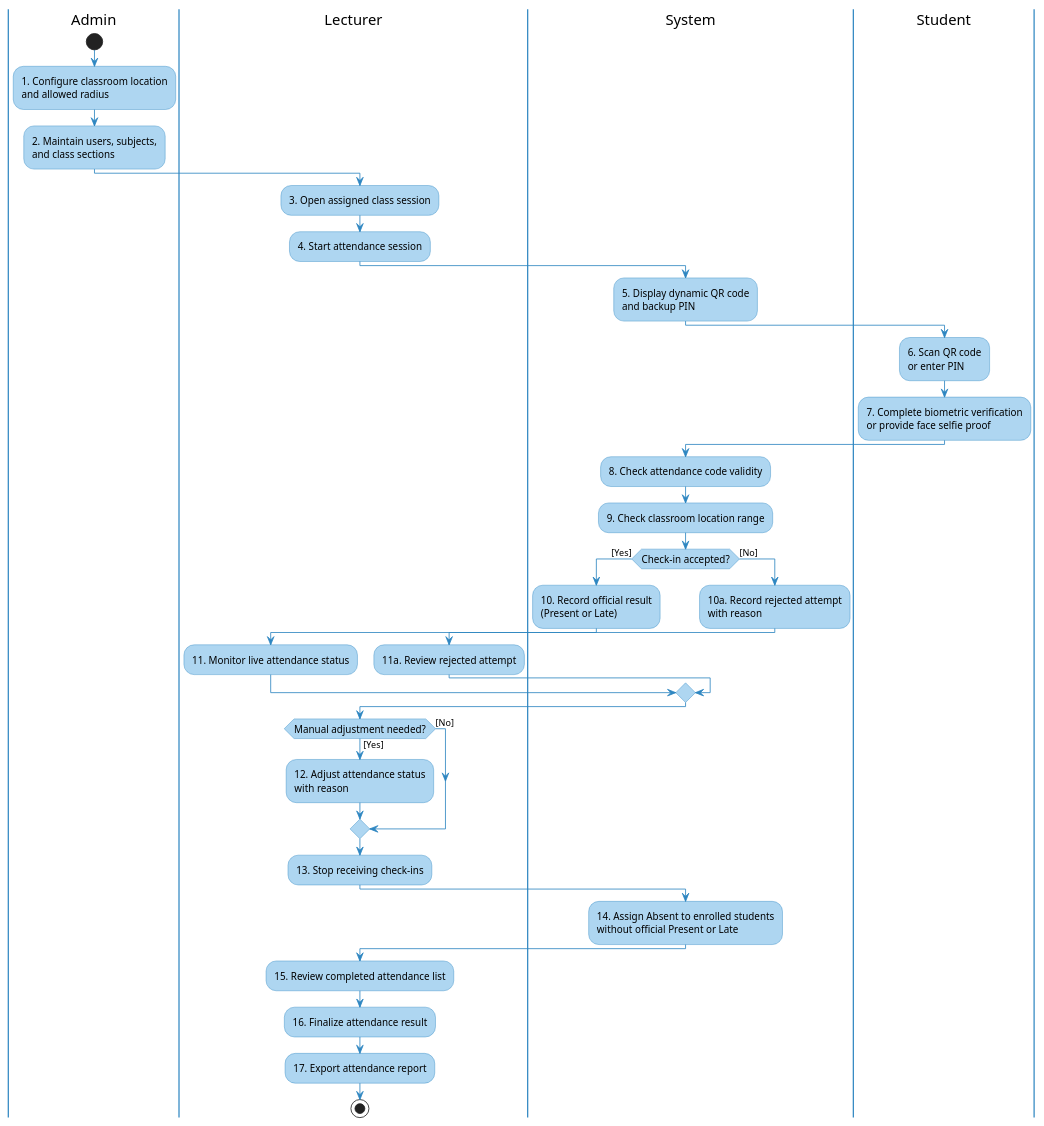
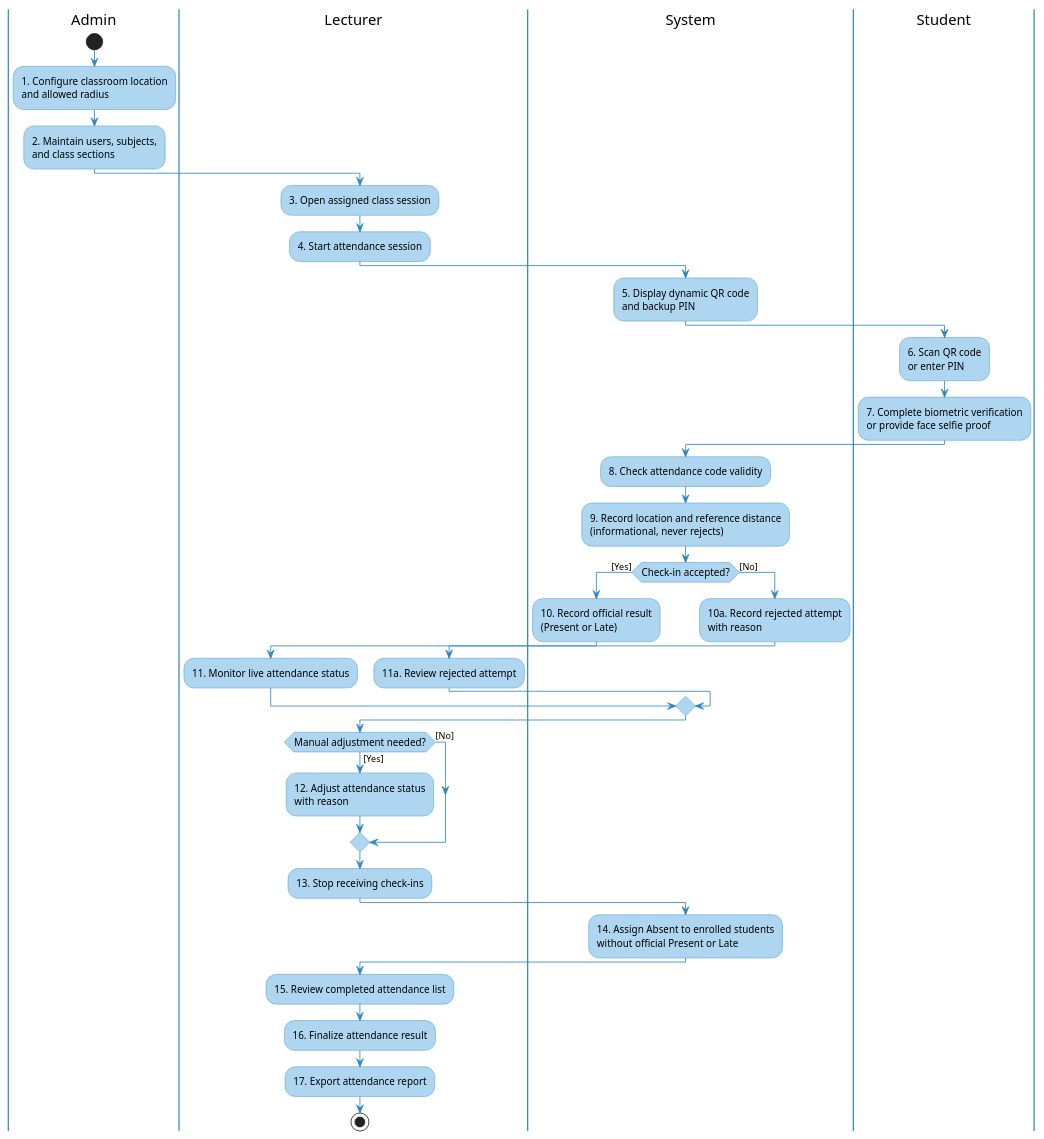
One commit to nttung42/SWD392 changed the third of 6 diagrams in docs/rds/1_Requirement.md. Above: the diagram before and after it, drawn with PlantUML. The commit also changed other lines of this file and 1 other file, not shown here.

Commit message:
change from force validate location to collect

````diff
--- a/docs/rds/1_Requirement.md
+++ b/docs/rds/1_Requirement.md
@@ -407,57 +407,57 @@
 ```plantuml
 @startuml Overall_Attendance_Process_Activity
 skinparam ActivityBackgroundColor #AED6F1
 skinparam ActivityBorderColor #2E86C1
 skinparam ActivityDiamondBackgroundColor #AED6F1
 skinparam ActivityDiamondBorderColor #2E86C1
 skinparam ArrowColor #2E86C1
 skinparam ActivityFontSize 12
 skinparam swimlaneBorderColor #2E86C1
 skinparam swimlaneHeaderFontStyle bold
 
 |Admin|
 start
 :1. Configure classroom location\nand allowed radius;
 :2. Maintain users, subjects,\nand class sections;
 
 |Lecturer|
 :3. Open assigned class session;
 :4. Start attendance session;
 
 |System|
 :5. Display dynamic QR code\nand backup PIN;
 
 |Student|
 :6. Scan QR code\nor enter PIN;
 :7. Complete biometric verification\nor provide face selfie proof;
 
 |System|
 :8. Check attendance code validity;
-:9. Check classroom location range;
+:9. Record location and reference distance\n(informational, never rejects);
 
 if (Check-in accepted?) then ([Yes])
   :10. Record official result\n(Present or Late);
   |Lecturer|
   :11. Monitor live attendance status;
 else ([No])
   |System|
   :10a. Record rejected attempt\nwith reason;
   |Lecturer|
   :11a. Review rejected attempt;
 endif
 
 |Lecturer|
 if (Manual adjustment needed?) then ([Yes])
   :12. Adjust attendance status\nwith reason;
 else ([No])
 endif
 :13. Stop receiving check-ins;
 |System|
 :14. Assign Absent to enrolled students\nwithout official Present or Late;
 |Lecturer|
 :15. Review completed attendance list;
 :16. Finalize attendance result;
 :17. Export attendance report;
 stop
 @enduml
 ```
````
